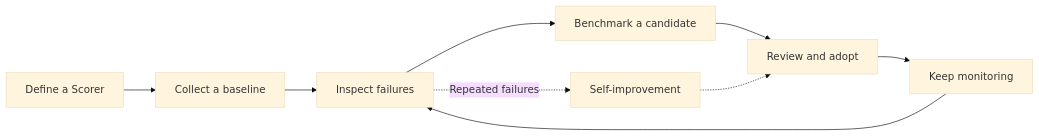
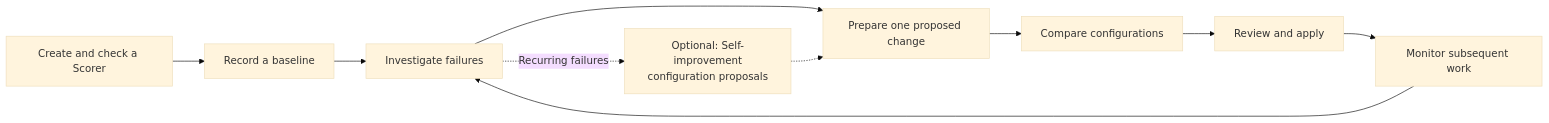
One commit to warpdotdev/docs changed the diagram in src/content/docs/factories/measure-and-improve.mdx. Above: the diagram before and after it, drawn with Mermaid (base theme). The commit also changed other lines of this file and 4 other files, not shown here.

````diff
--- a/src/content/docs/factories/measure-and-improve.mdx
+++ b/src/content/docs/factories/measure-and-improve.mdx
@@ -63,11 +58,12 @@
 ```mermaid
 flowchart LR
-  Define[Define a Scorer] --> Baseline[Collect a baseline]
-  Baseline --> Inspect[Inspect failures]
-  Inspect --> Benchmark[Benchmark a candidate]
-  Benchmark --> Adopt[Review and adopt]
-  Adopt --> Monitor[Keep monitoring]
+  Define[Create and check a Scorer] --> Baseline[Record a baseline]
+  Baseline --> Inspect[Investigate failures]
+  Inspect --> Prepare[Prepare one proposed change]
+  Prepare --> Benchmark[Compare configurations]
+  Benchmark --> Adopt[Review and apply]
+  Adopt --> Monitor[Monitor subsequent work]
   Monitor --> Inspect
-  Inspect -.->|Repeated failures| Improve[Self-improvement]
-  Improve -.-> Adopt
+  Inspect -.->|Recurring failures| Improve["Optional: Self-improvement<br/>configuration proposals"]
+  Improve -.-> Prepare
 ```
````
